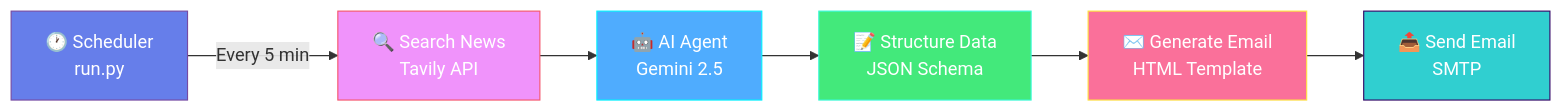
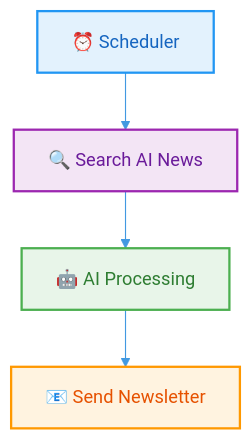
The diagram in README.md (khanak0509/daily-ai-digest), drawn with Mermaid before and after one commit. The commit also changed other lines of this file, not shown here.

````diff
--- a/README.md
+++ b/README.md
@@ -15,15 +15,12 @@
 ```mermaid
-graph LR
-    A[🕐 Scheduler<br/>run.py] -->|Every 5 min| B[🔍 Search News<br/>Tavily API]
-    B --> C[🤖 AI Agent<br/>Gemini 2.5]
-    C --> D[📝 Structure Data<br/>JSON Schema]
-    D --> E[✉️ Generate Email<br/>HTML Template]
-    E --> F[📤 Send Email<br/>SMTP]
+%%{init: {'theme':'base', 'themeVariables': { 'primaryColor':'#f0f4f8','primaryTextColor':'#1a202c','primaryBorderColor':'#4299e1','lineColor':'#4299e1'}}}%%
+graph TD
+    A["⏰ Scheduler"] --> B["🔍 Search AI News"]
+    B --> C["🤖 AI Processing"]
+    C --> D["📧 Send Newsletter"]
 
-    style A fill:#667eea,stroke:#764ba2,color:#fff
-    style B fill:#f093fb,stroke:#f5576c,color:#fff
-    style C fill:#4facfe,stroke:#00f2fe,color:#fff
-    style D fill:#43e97b,stroke:#38f9d7,color:#fff
-    style E fill:#fa709a,stroke:#fee140,color:#fff
-    style F fill:#30cfd0,stroke:#330867,color:#fff
+    style A fill:#e3f2fd,stroke:#2196f3,stroke-width:2px,color:#1565c0
+    style B fill:#f3e5f5,stroke:#9c27b0,stroke-width:2px,color:#6a1b9a
+    style C fill:#e8f5e9,stroke:#4caf50,stroke-width:2px,color:#2e7d32
+    style D fill:#fff3e0,stroke:#ff9800,stroke-width:2px,color:#e65100
 ```
````
